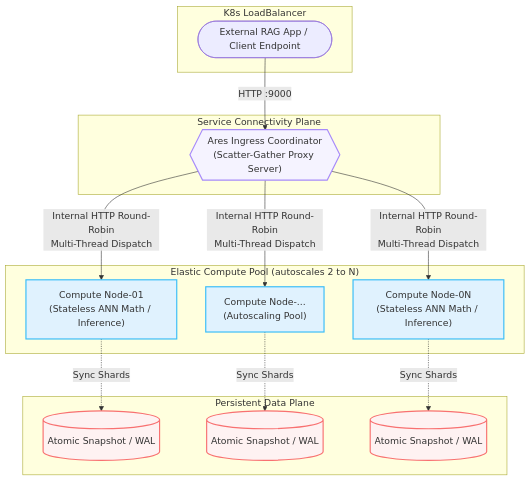
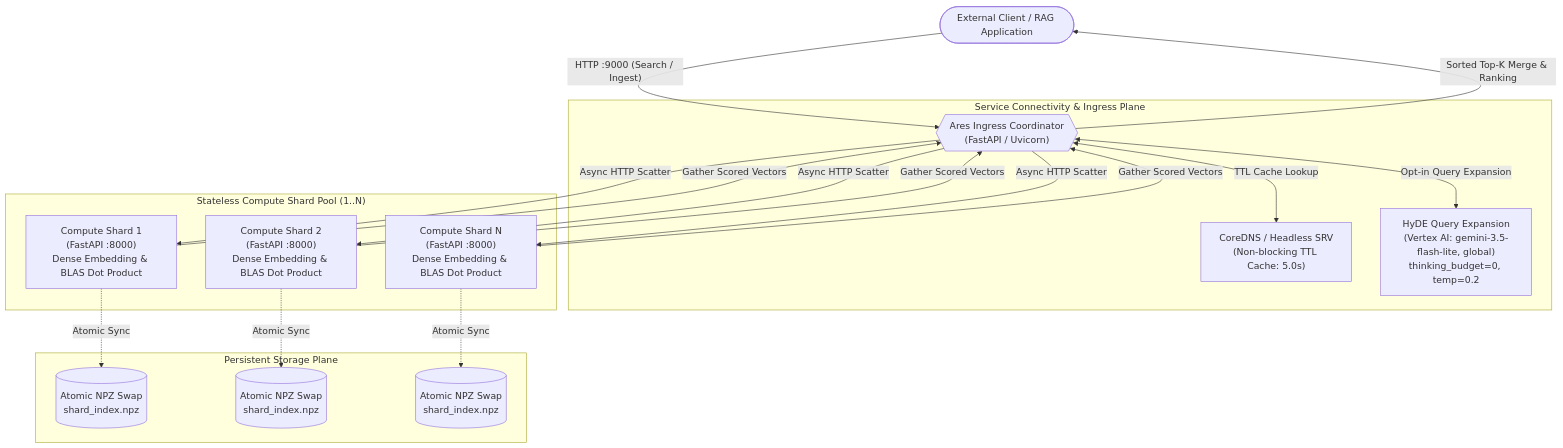
One commit to kleeeoss/project-ares changed the diagram in README.md. Above: the diagram before and after it, drawn with Mermaid. The commit also changed other lines of this file and 6 other files, not shown here.

Commit message:
feat(phase2): implement Vertex AI HyDE query expansion, IR evaluation suite, and README overhaul

````diff
--- a/README.md
+++ b/README.md
@@ -28,88 +22,38 @@
 ```mermaid
----
+flowchart TD
+    Client(["External Client / RAG Application"]) -->|"HTTP :9000 (Search / Ingest)"| Coord
 
-config:
+    subgraph Service_Connectivity_Plane["Service Connectivity & Ingress Plane"]
+        Coord{{"Ares Ingress Coordinator<br/>(FastAPI / Uvicorn)"}}
+        DNS["CoreDNS / Headless SRV<br/>(Non-blocking TTL Cache: 5.0s)"]
+        HyDE["HyDE Query Expansion<br/>(Vertex AI: gemini-3.5-flash-lite, global)<br/>thinking_budget=0, temp=0.2"]
+        
+        Coord <-->|"TTL Cache Lookup"| DNS
+        Coord <-->|"Opt-in Query Expansion"| HyDE
+    end
 
-  layout: elk
+    subgraph Elastic_Compute_Pool["Stateless Compute Shard Pool (1..N)"]
+        Comp1["Compute Shard 1<br/>(FastAPI :8000)<br/>Dense Embedding & BLAS Dot Product"]
+        Comp2["Compute Shard 2<br/>(FastAPI :8000)<br/>Dense Embedding & BLAS Dot Product"]
+        CompN["Compute Shard N<br/>(FastAPI :8000)<br/>Dense Embedding & BLAS Dot Product"]
 
----
+        Coord -->|"Async HTTP Scatter"| Comp1
+        Coord -->|"Async HTTP Scatter"| Comp2
+        Coord -->|"Async HTTP Scatter"| CompN
+    end
 
-graph TD
+    subgraph Persistent_Storage_Plane["Persistent Storage Plane"]
+        Store1[("Atomic NPZ Swap<br/>shard_index.npz")]
+        Store2[("Atomic NPZ Swap<br/>shard_index.npz")]
+        StoreN[("Atomic NPZ Swap<br/>shard_index.npz")]
 
-  
+        Comp1 -.->|"Atomic Sync"| Store1
+        Comp2 -.->|"Atomic Sync"| Store2
+        CompN -.->|"Atomic Sync"| StoreN
+    end
 
-subgraph K8s_LoadBalancer["K8s LoadBalancer"]
-
-    Client([External RAG App / Client Endpoint])
-
-end
-
-  
-
-subgraph Service_Connectivity_Plane["Service Connectivity Plane"]
-
-    Coord{{"Ares Ingress Coordinator<br/>(Scatter-Gather Proxy Server)"}}
-
-end
-
-  
-
-Client -->|"HTTP :9000"| Coord
-
-  
-
-subgraph Elastic_Compute_Pool["Elastic Compute Pool (autoscales 2 to N)"]
-
-    Comp1["Compute Node-01<br/>(Stateless ANN Math / Inference)"]
-
-    Comp2["Compute Node-...<br/>(Autoscaling Pool)"]
-
-    CompN["Compute Node-0N<br/>(Stateless ANN Math / Inference)"]
-
-  
-
-    Coord -->|"Internal HTTP Round-Robin<br/>Multi-Thread Dispatch"| Comp1
-
-    Coord -->|"Internal HTTP Round-Robin<br/>Multi-Thread Dispatch"| Comp2
-
-    Coord -->|"Internal HTTP Round-Robin<br/>Multi-Thread Dispatch"| CompN
-
-end
-
-  
-
-subgraph Persistent_Data_Plane["Persistent Data Plane"]
-
-    Store1[("Atomic Snapshot / WAL")]
-
-    Store2[("Atomic Snapshot / WAL")]
-
-    StoreN[("Atomic Snapshot / WAL")]
-
-  
-
-    Comp1 -.->|"Sync Shards"| Store1
-
-    Comp2 -.->|"Sync Shards"| Store2
-
-    CompN -.->|"Sync Shards"| StoreN
-
-end
-
-  
-
-classDef compute fill:#e0f2fe,stroke:#38bdf8,stroke-width:2px;
-
-classDef storage fill:#fef2f2,stroke:#f87171,stroke-width:2px;
-
-classDef coordinator fill:#f5f3ff,stroke:#a78bfa,stroke-width:2px;
-
-  
-
-class Comp1,Comp2,CompN compute;
-
-class Store1,Store2,StoreN storage;
-
-class Coord coordinator;
-
+    Comp1 -->|"Gather Scored Vectors"| Coord
+    Comp2 -->|"Gather Scored Vectors"| Coord
+    CompN -->|"Gather Scored Vectors"| Coord
+    Coord -->|"Sorted Top-K Merge & Ranking"| Client
 ```
````
